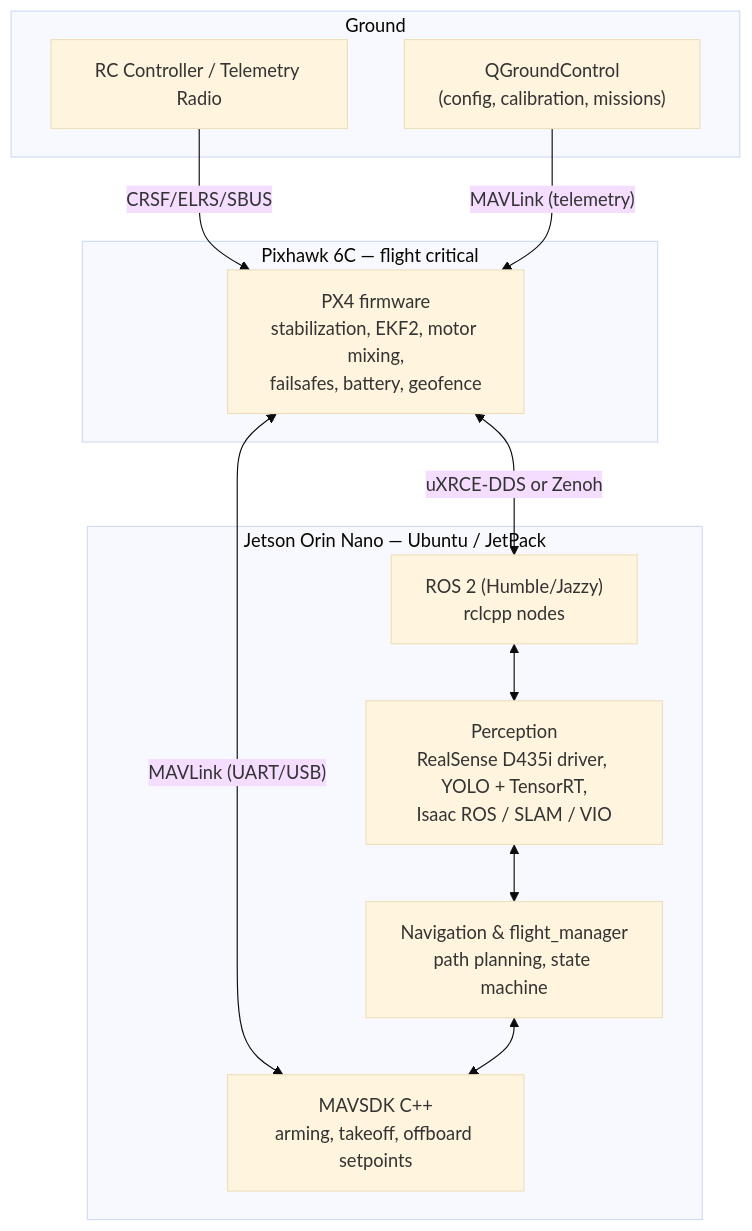
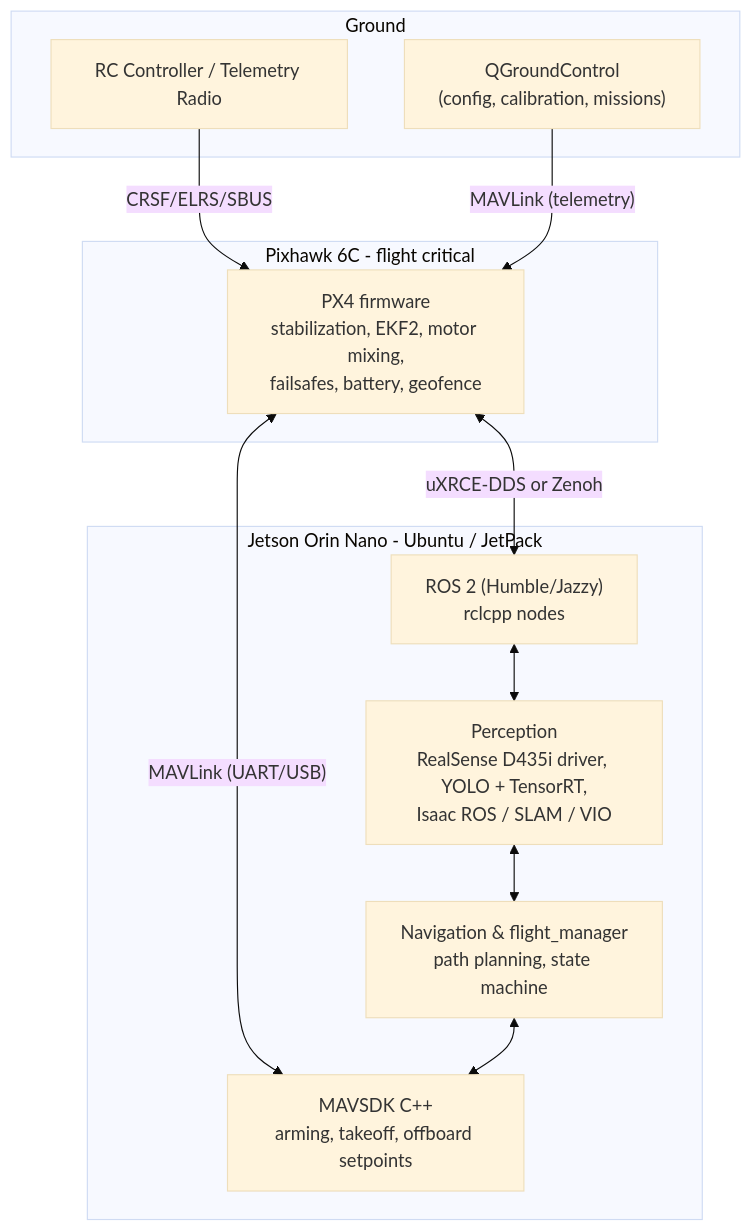
Before and after one commit to CogitoNTNU/CogiDrone: the first of 2 diagrams in src/TECHSTACK.md, drawn with Mermaid (base theme). The commit also changed other lines of this file and 4 other files, not shown here.

````diff
--- a/src/TECHSTACK.md
+++ b/src/TECHSTACK.md
@@ -5,24 +5,24 @@
 ```mermaid
 flowchart TB
     subgraph Ground["Ground"]
         QGC["QGroundControl<br/>(config, calibration, missions)"]
         RC["RC Controller / Telemetry Radio"]
     end
 
-    subgraph FC["Pixhawk 6C — flight critical"]
+    subgraph FC["Pixhawk 6C - flight critical"]
         PX4["PX4 firmware<br/>stabilization, EKF2, motor mixing,<br/>failsafes, battery, geofence"]
     end
 
-    subgraph Jetson["Jetson Orin Nano — Ubuntu / JetPack"]
+    subgraph Jetson["Jetson Orin Nano - Ubuntu / JetPack"]
         ROS2["ROS 2 (Humble/Jazzy)<br/>rclcpp nodes"]
         PERC["Perception<br/>RealSense D435i driver, YOLO + TensorRT,<br/>Isaac ROS / SLAM / VIO"]
         NAV["Navigation & flight_manager<br/>path planning, state machine"]
         MAVSDK["MAVSDK C++<br/>arming, takeoff, offboard setpoints"]
     end
 
     RC -->|"CRSF/ELRS/SBUS"| PX4
     QGC -->|"MAVLink (telemetry)"| PX4
     PX4 <-->|"MAVLink (UART/USB)"| MAVSDK
     PX4 <-->|"uXRCE-DDS or Zenoh"| ROS2
     ROS2 <--> PERC <--> NAV <--> MAVSDK
 ```
````
